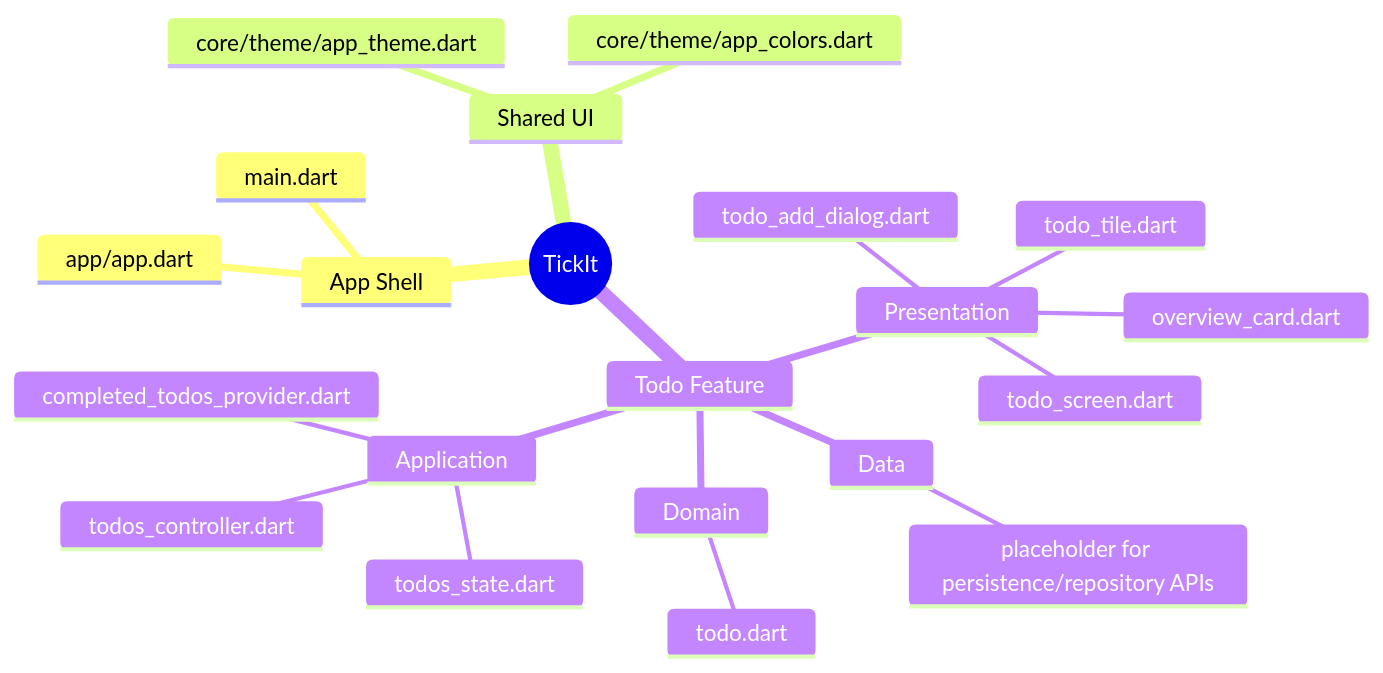
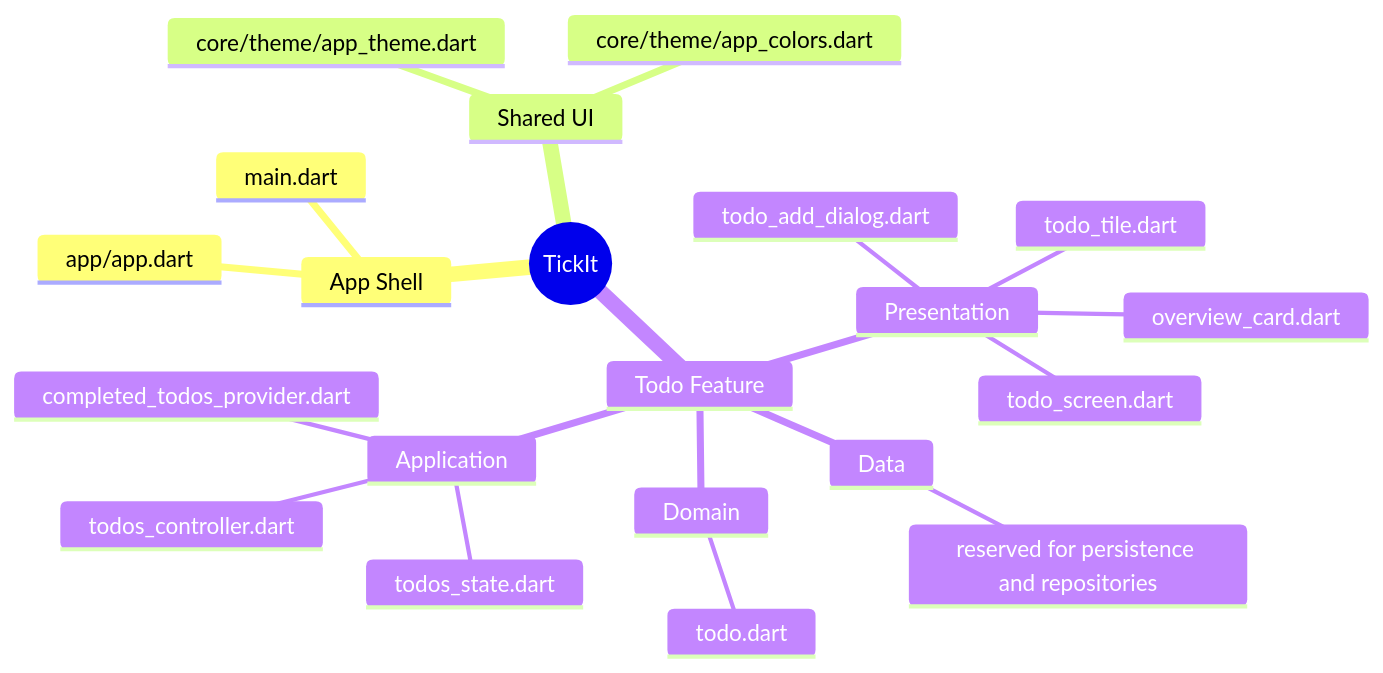
One commit to mraj555/tick_it changed the fourth of 4 diagrams in README.md. Above: the diagram before and after it, drawn with Mermaid. The commit also changed other lines of this file and 5 other files, not shown here.

````diff
--- a/README.md
+++ b/README.md
@@ -148,24 +125,24 @@
 ```mermaid
 mindmap
   root((TickIt))
     App Shell
       main.dart
       app/app.dart
     Shared UI
       core/theme/app_theme.dart
       core/theme/app_colors.dart
     Todo Feature
       Presentation
         todo_screen.dart
         overview_card.dart
         todo_tile.dart
         todo_add_dialog.dart
       Application
         todos_controller.dart
         completed_todos_provider.dart
         todos_state.dart
       Domain
         todo.dart
       Data
-        placeholder for persistence/repository APIs
+        reserved for persistence and repositories
 ```
````
